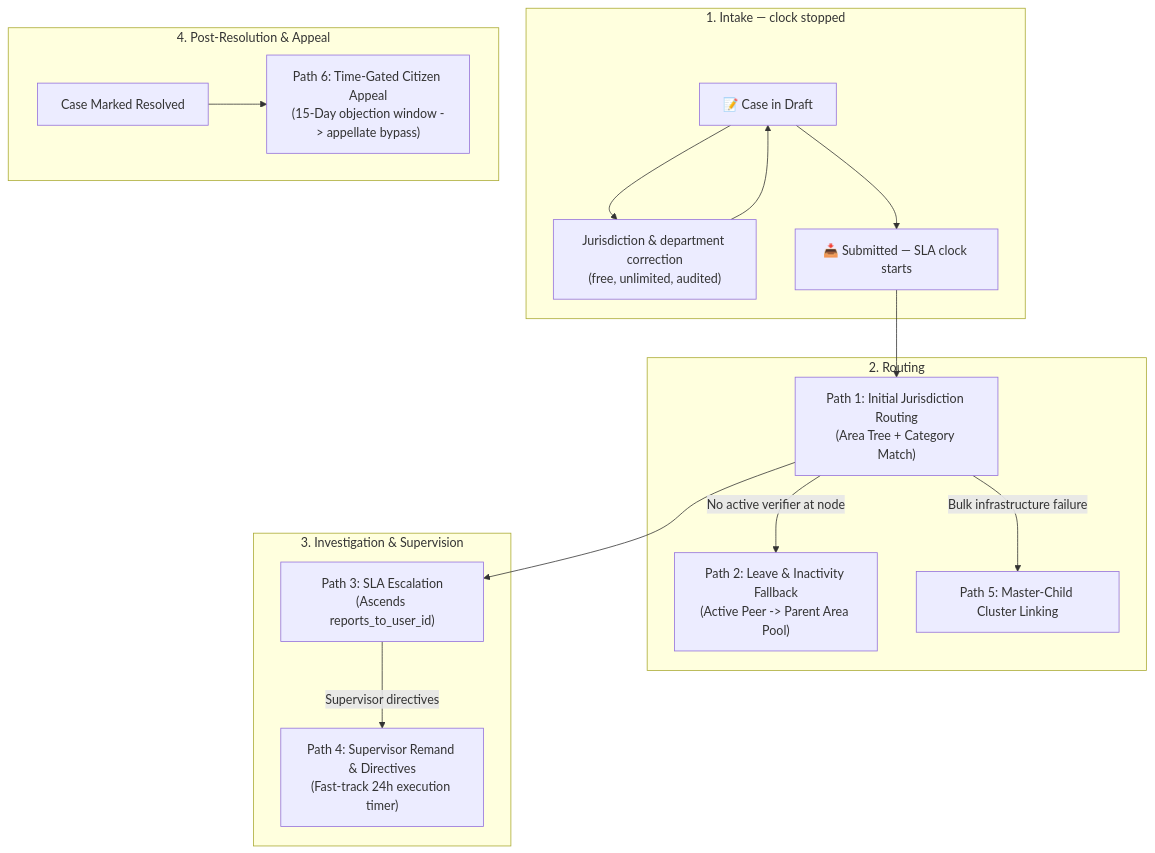
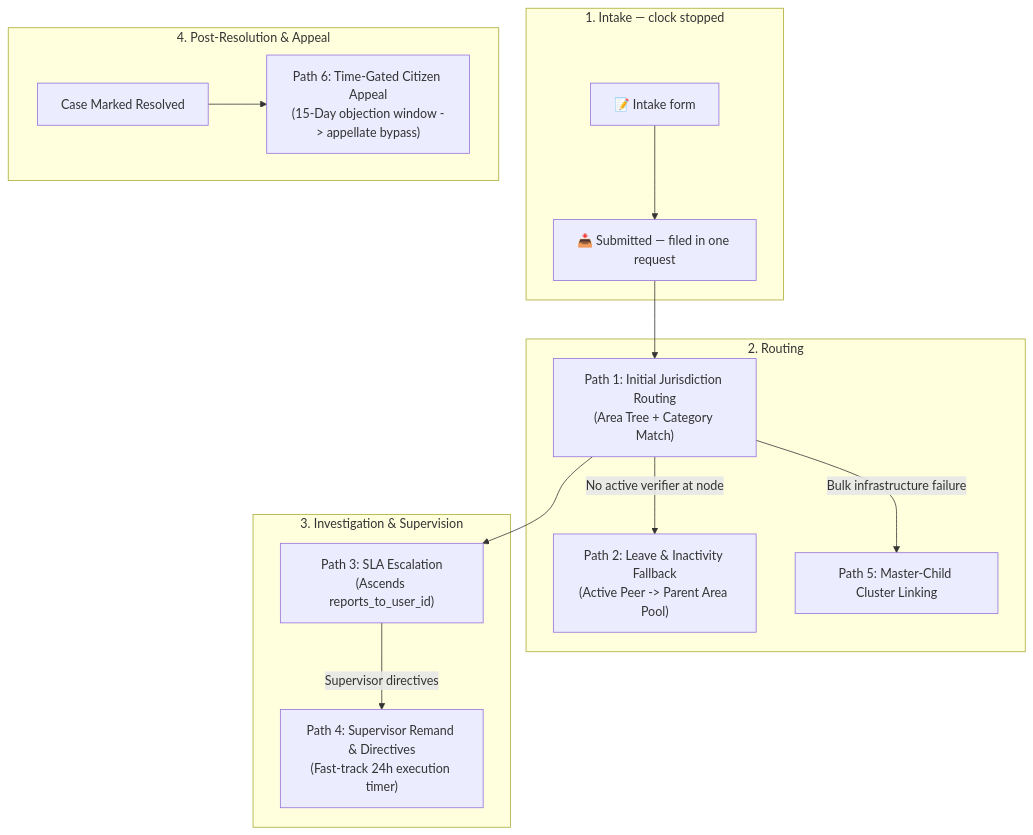
One commit to Centre-for-Open-Societal-Systems/oan_grievance_service changed the first of 9 diagrams in docs/verifier_routing_and_escalation_paths.md. Above: the diagram before and after it, drawn with Mermaid. The commit also changed other lines of this file and 63 other files, not shown here.

````diff
--- a/docs/verifier_routing_and_escalation_paths.md
+++ b/docs/verifier_routing_and_escalation_paths.md
@@ -11,23 +11,21 @@
 ```mermaid
 graph TD
     subgraph "1. Intake — clock stopped"
-        Draft["📝 Case in Draft"] --> Correct["Jurisdiction & department correction<br>(free, unlimited, audited)"]
-        Correct --> Draft
-        Draft --> IN["📥 Submitted — SLA clock starts"]
+        Intake["📝 Intake form"] --> IN["📥 Submitted — filed in one request"]
     end
 
     subgraph "2. Routing"
         IN --> P1["Path 1: Initial Jurisdiction Routing<br>(Area Tree + Category Match)"]
         P1 -->|No active verifier at node| P2["Path 2: Leave & Inactivity Fallback<br>(Active Peer -> Parent Area Pool)"]
         P1 -->|Bulk infrastructure failure| P5["Path 5: Master-Child Cluster Linking"]
     end
 
     subgraph "3. Investigation & Supervision"
         P1 --> P3["Path 3: SLA Escalation<br>(Ascends reports_to_user_id)"]
         P3 -->|Supervisor directives| P4["Path 4: Supervisor Remand & Directives<br>(Fast-track 24h execution timer)"]
     end
 
     subgraph "4. Post-Resolution & Appeal"
         Resolved["Case Marked Resolved"] --> P6["Path 6: Time-Gated Citizen Appeal<br>(15-Day objection window -> appellate bypass)"]
     end
 ```
````
